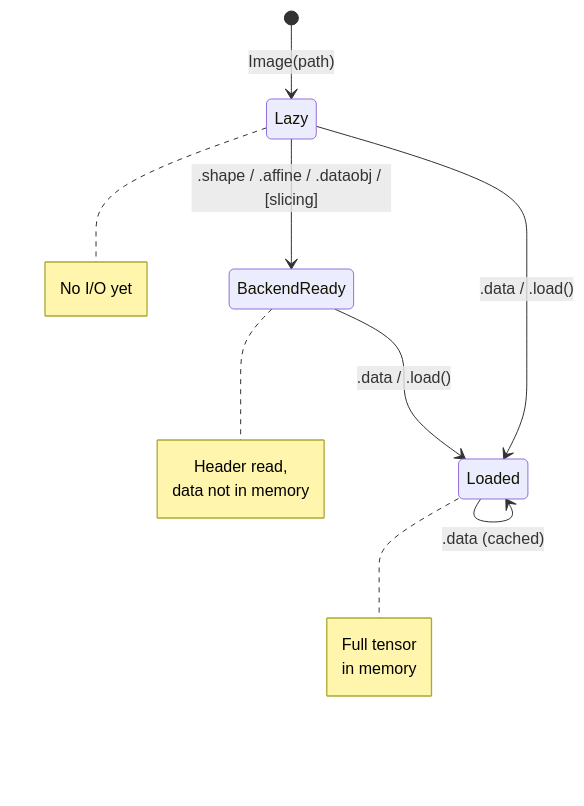
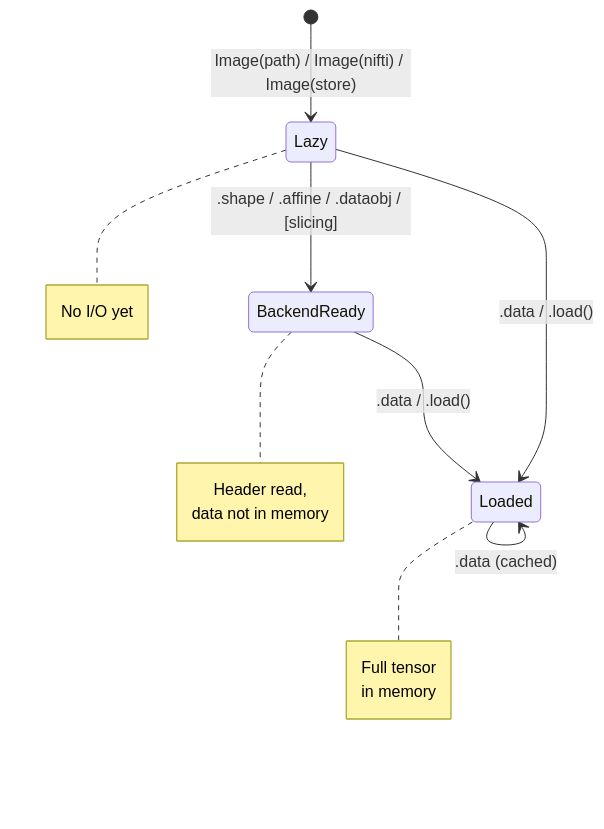
The diagram in docs/concepts/lazy-loading.md (TorchIO-project/torchio), drawn with Mermaid before and after one commit. The commit also changed other lines of this file and 35 other files, not shown here.

Commit message:
Refactor image init and fix lazy cropping

````diff
--- a/docs/concepts/lazy-loading.md
+++ b/docs/concepts/lazy-loading.md
@@ -9,12 +10,12 @@
 ```mermaid
 stateDiagram-v2
-    [*] --> Lazy: Image(path)
+    [*] --> Lazy: Image(path) / Image(nifti) / Image(store)
     Lazy --> BackendReady: .shape / .affine / .dataobj / [slicing]
     Lazy --> Loaded: .data / .load()
     BackendReady --> Loaded: .data / .load()
     Loaded --> Loaded: .data (cached)
 
     note right of Lazy: No I/O yet
     note right of BackendReady: Header read,<br/>data not in memory
     note right of Loaded: Full tensor<br/>in memory
 ```
````
